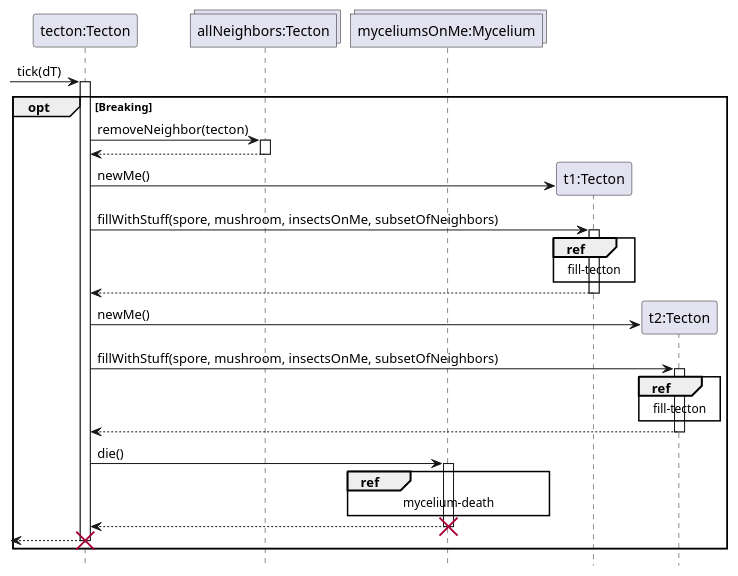
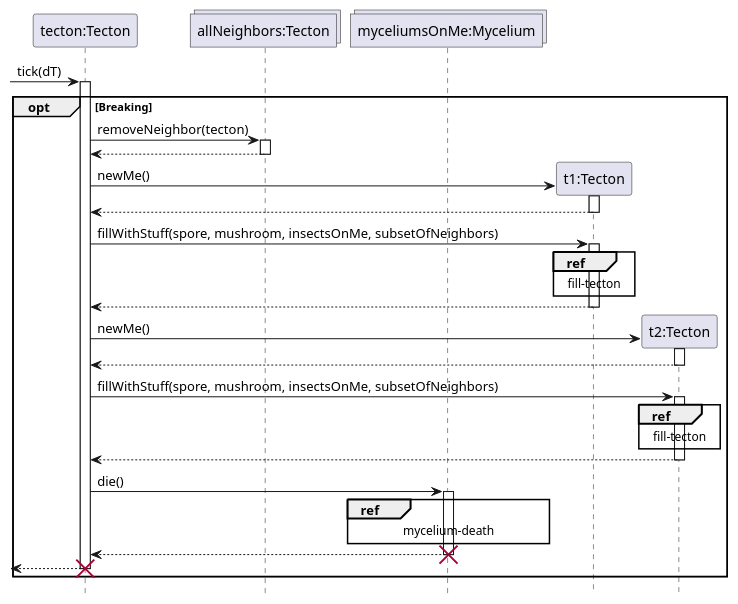
The diagram in Tecton/tecton-break-seq.pu (ZD4ve/projlab-error521), drawn with PlantUML before and after one commit. The commit also changed 5 other files, not shown here.

Commit message:
State diagrams updated

```diff
--- a/Tecton/tecton-break-seq.pu
+++ b/Tecton/tecton-break-seq.pu
@@ -1,49 +1,54 @@
 @startuml Tecton/tecton-break-seq
 hide footbox
 
 participant "tecton:Tecton" as Dying
 collections "allNeighbors:Tecton" as allNeighbors
 collections "myceliumsOnMe:Mycelium" as target
 
 -> Dying : tick(dT)
 activate Dying
 opt Breaking
 
 Dying -> allNeighbors : removeNeighbor(tecton)
 activate allNeighbors
 return
 
 create "t1:Tecton" as New1
 Dying -> New1 : newMe()
+activate New1
+return
 Dying -> New1 : fillWithStuff(spore, mushroom, insectsOnMe, subsetOfNeighbors)
 activate New1
 ref over New1
     fill-tecton
 end ref
 return
 
 create "t2:Tecton" as New2
 'Newme helyett mi'
 Dying -> New2 : newMe()
+activate New2
+return
+
 Dying -> New2 : fillWithStuff(spore, mushroom, insectsOnMe, subsetOfNeighbors)
 activate New2
 ref over New2
     fill-tecton
 end ref
 return
 
 Dying -> target : die()
 activate target
 
 ref over target
     mycelium-death
 end ref
 
 return
 destroy target
 
 <-- Dying
 destroy Dying
 end
 
 @enduml
```
